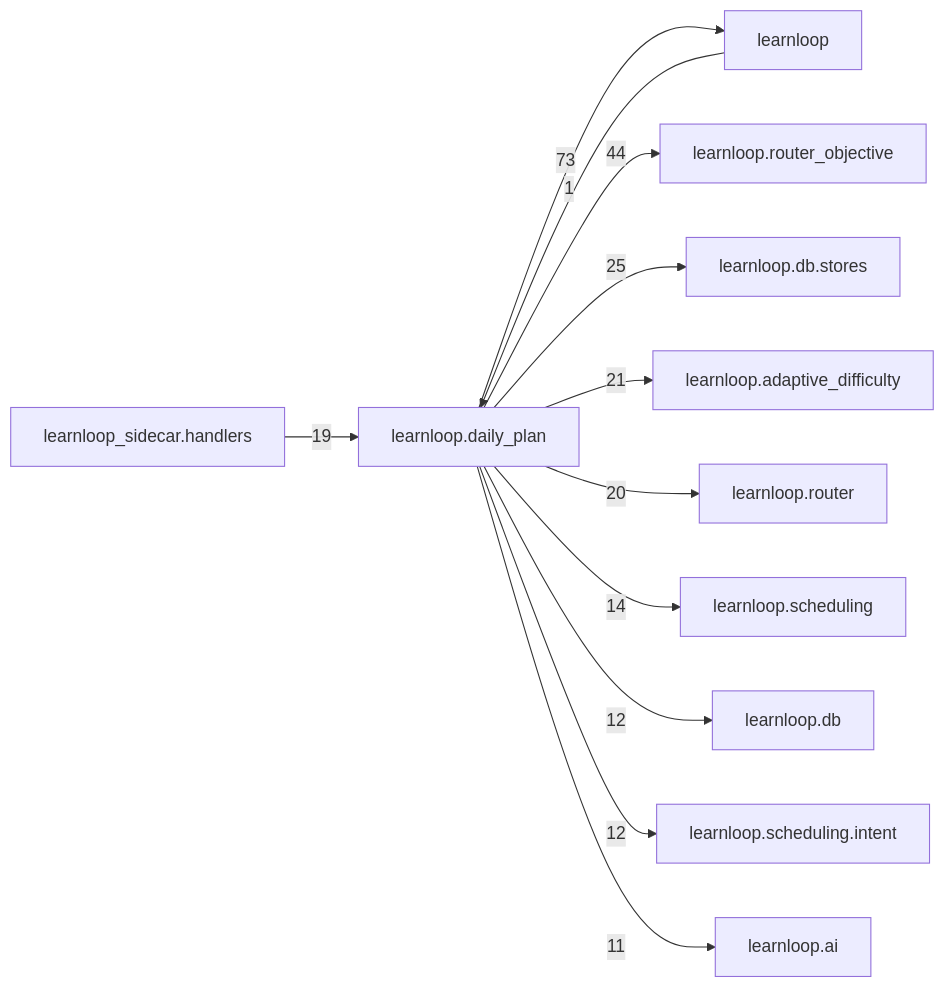
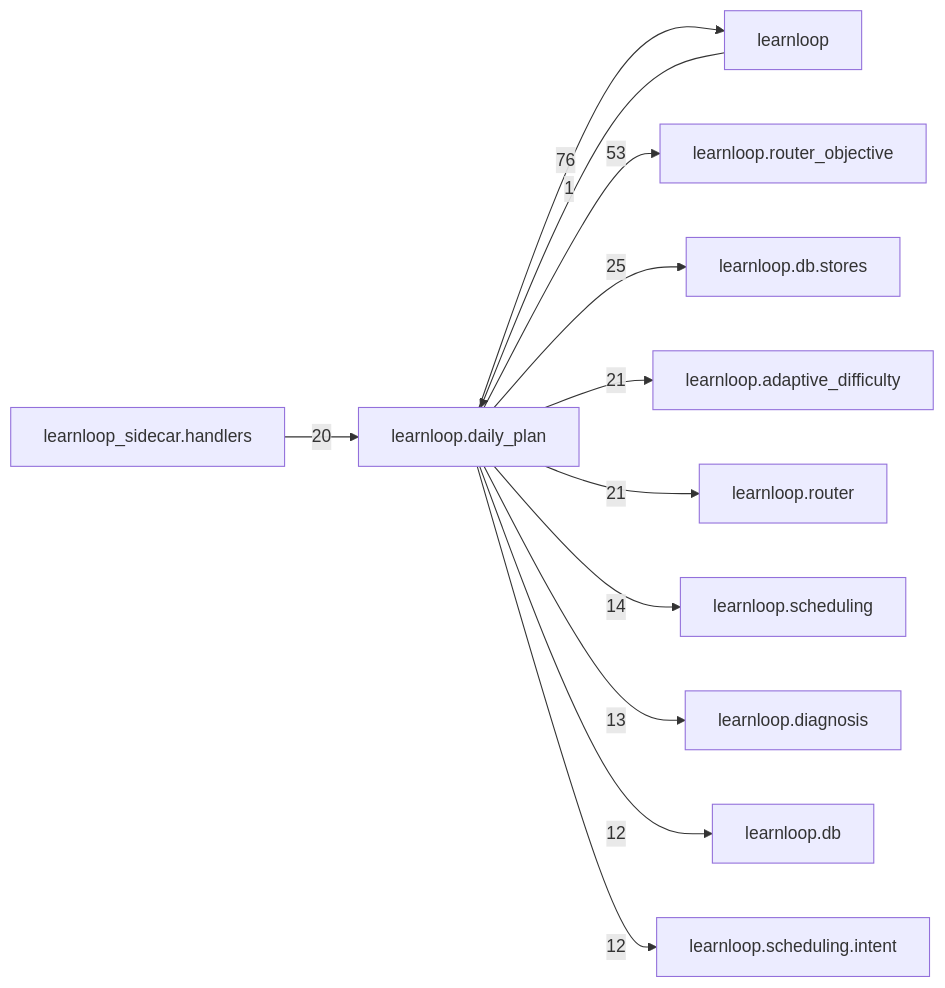
Before and after one commit to 6up-b/learnanything: the diagram in docs/learnloop-architecture-vault/Reference/Modules/learnloop/daily_plan/_package.md, drawn with Mermaid. The commit also changed other lines of this file and 95 other files, not shown here.

````diff
--- a/docs/learnloop-architecture-vault/Reference/Modules/learnloop/daily_plan/_package.md
+++ b/docs/learnloop-architecture-vault/Reference/Modules/learnloop/daily_plan/_package.md
@@ -174,25 +176,25 @@
 ```mermaid
 flowchart LR
     center["learnloop.daily_plan"]
     n_learnloop["learnloop"]
     n_learnloop_router_objective["learnloop.router_objective"]
     n_learnloop_db_stores["learnloop.db.stores"]
     n_learnloop_adaptive_difficulty["learnloop.adaptive_difficulty"]
     n_learnloop_router["learnloop.router"]
     n_learnloop_sidecar_handlers["learnloop_sidecar.handlers"]
     n_learnloop_scheduling["learnloop.scheduling"]
+    n_learnloop_diagnosis["learnloop.diagnosis"]
     n_learnloop_db["learnloop.db"]
     n_learnloop_scheduling_intent["learnloop.scheduling.intent"]
-    n_learnloop_ai["learnloop.ai"]
     n_learnloop -->|1| center
-    center -->|73| n_learnloop
-    center -->|44| n_learnloop_router_objective
+    center -->|76| n_learnloop
+    center -->|53| n_learnloop_router_objective
     center -->|25| n_learnloop_db_stores
     center -->|21| n_learnloop_adaptive_difficulty
-    center -->|20| n_learnloop_router
-    n_learnloop_sidecar_handlers -->|19| center
+    center -->|21| n_learnloop_router
+    n_learnloop_sidecar_handlers -->|20| center
     center -->|14| n_learnloop_scheduling
+    center -->|13| n_learnloop_diagnosis
     center -->|12| n_learnloop_db
     center -->|12| n_learnloop_scheduling_intent
-    center -->|11| n_learnloop_ai
 ```
````
